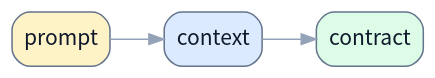
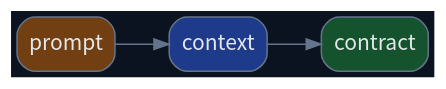
One commit to terencefan/inority-workspace changed the second of 3 diagrams in skills/write-doc/tests/assets/reference-llm-spec.md. Above: the diagram before and after it, drawn with Graphviz. The commit also changed other lines of this file and 45 other files, not shown here.

````diff
--- a/skills/write-doc/tests/assets/reference-llm-spec.md
+++ b/skills/write-doc/tests/assets/reference-llm-spec.md
@@ -37,12 +37,12 @@
 ```dot
 digraph TargetNode {
   rankdir=LR;
-  graph [bgcolor="transparent", fontname="Noto Sans CJK SC"];
-  node [fontname="Noto Sans CJK SC", shape=box, style="rounded,filled", color="#64748b", fontcolor="#0f172a", fillcolor="#f8fafc"];
-  edge [fontname="Noto Sans CJK SC", color="#94a3b8", fontcolor="#94a3b8"];
-  prompts [label="prompt", fillcolor="#fef3c7"];
-  context [label="context", fillcolor="#dbeafe"];
-  contract [label="contract", fillcolor="#dcfce7"];
+  graph [bgcolor="#0b1220", fontname="Noto Sans CJK SC"];
+  node [fontname="Noto Sans CJK SC", shape=box, style="rounded,filled", color="#64748b", fontcolor="#e5e7eb", fillcolor="#0f172a"];
+  edge [fontname="Noto Sans CJK SC", color="#64748b", fontcolor="#64748b"];
+  prompts [label="prompt", fillcolor="#713f12"];
+  context [label="context", fillcolor="#1e3a8a"];
+  contract [label="contract", fillcolor="#14532d"];
   prompts -> context -> contract;
 }
 ```
````
